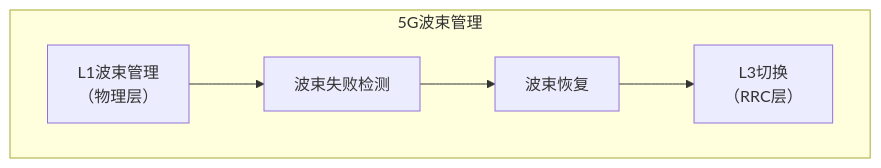
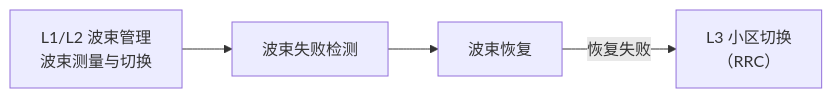
The tenth of 12 diagrams in 计算机网络/7.7无线网络：蜂窝移动性.md (Dtheme/CS-base), drawn with Mermaid before and after one commit. The commit also changed other lines of this file and 51 other files, not shown here.

````diff
--- a/计算机网络/7.7无线网络：蜂窝移动性.md
+++ b/计算机网络/7.7无线网络：蜂窝移动性.md
@@ -445,13 +400,6 @@
 ```mermaid
-graph TB
-    subgraph "5G波束管理"
-        L1["L1波束管理<br/>（物理层）"]
-        Detect["波束失败检测"]
-        Recover["波束恢复"]
-        L3["L3切换<br/>（RRC层）"]
-        
-        L1 --> Detect
-        Detect --> Recover
-        Recover --> L3
-    end
+graph LR
+    BM["L1/L2 波束管理<br/>波束测量与切换"] --> BFD["波束失败检测"]
+    BFD --> BFR["波束恢复"]
+    BFR -->|恢复失败| HO["L3 小区切换<br/>（RRC）"]
 ```
````
